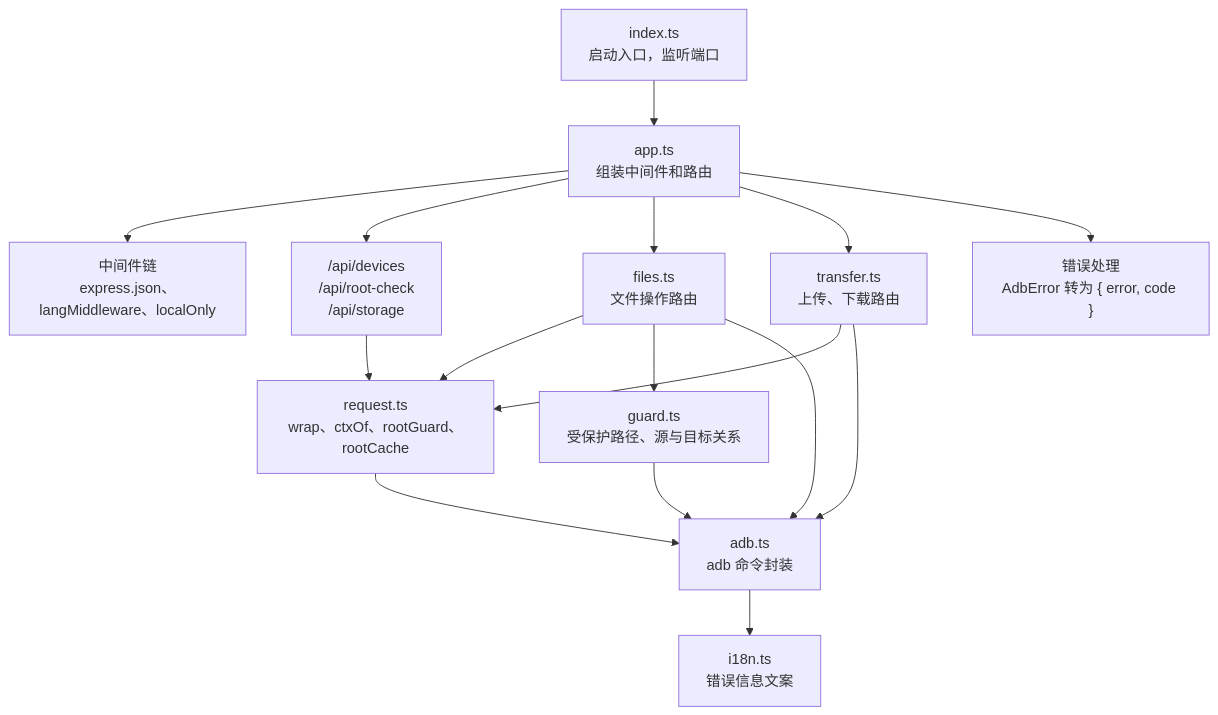
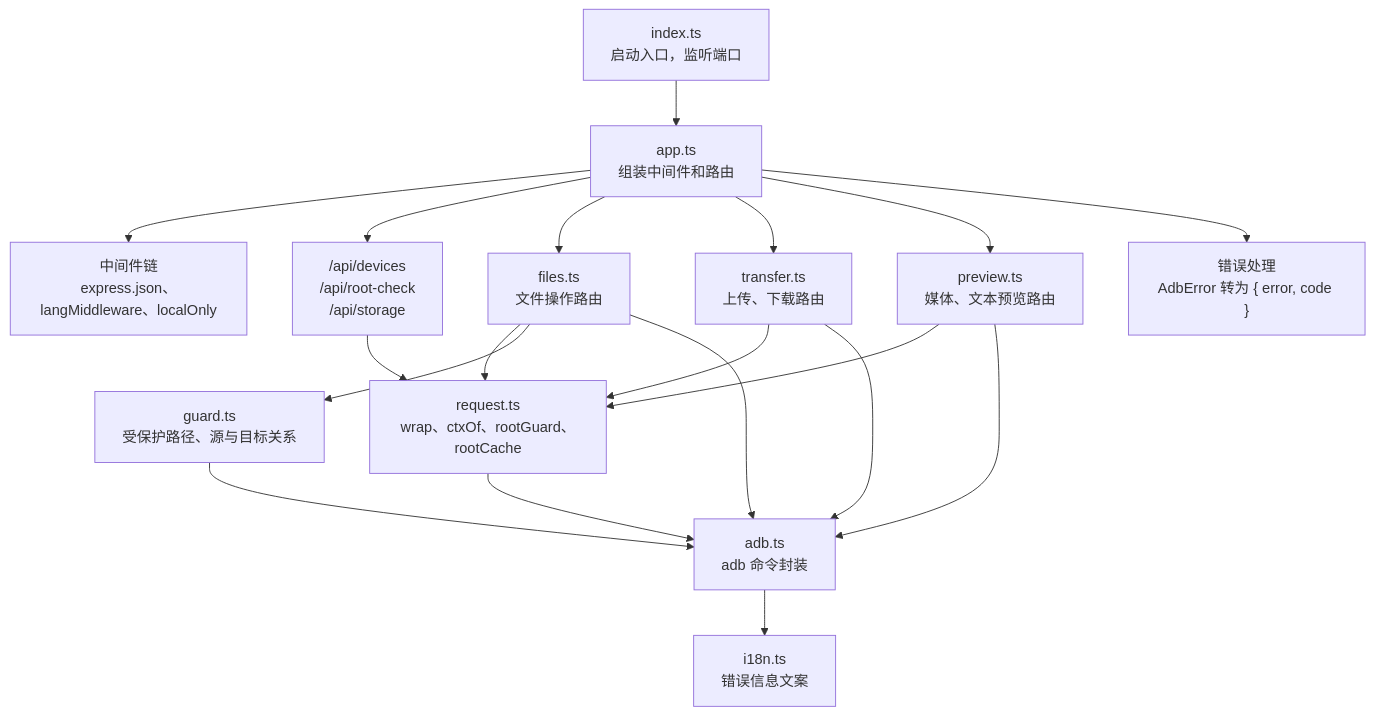
Before and after one commit to wynnyu/adb-file-manager: the third of 10 diagrams in docs/architecture.md, drawn with Mermaid. The commit also changed other lines of this file and 27 other files, not shown here.

````diff
--- a/docs/architecture.md
+++ b/docs/architecture.md
@@ -65,13 +65,14 @@
 ```mermaid
 flowchart TB
   index["index.ts<br/>启动入口，监听端口"] --> app["app.ts<br/>组装中间件和路由"]
   app --> mw["中间件链<br/>express.json、langMiddleware、localOnly"]
   app --> devRoutes["/api/devices<br/>/api/root-check<br/>/api/storage"]
   app --> files["files.ts<br/>文件操作路由"]
   app --> transfer["transfer.ts<br/>上传、下载路由"]
+  app --> preview["preview.ts<br/>媒体、文本预览路由"]
   app --> errh["错误处理<br/>AdbError 转为 { error, code }"]
-  files & transfer & devRoutes --> request["request.ts<br/>wrap、ctxOf、rootGuard、rootCache"]
+  files & transfer & preview & devRoutes --> request["request.ts<br/>wrap、ctxOf、rootGuard、rootCache"]
   files --> guard["guard.ts<br/>受保护路径、源与目标关系"]
-  request & guard & files & transfer --> adb["adb.ts<br/>adb 命令封装"]
+  request & guard & files & transfer & preview --> adb["adb.ts<br/>adb 命令封装"]
   adb --> i18n["i18n.ts<br/>错误信息文案"]
 ```
````
